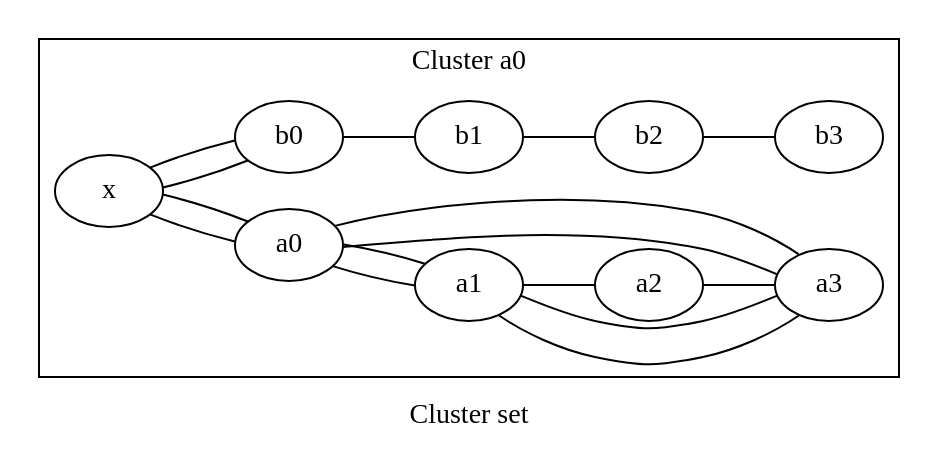
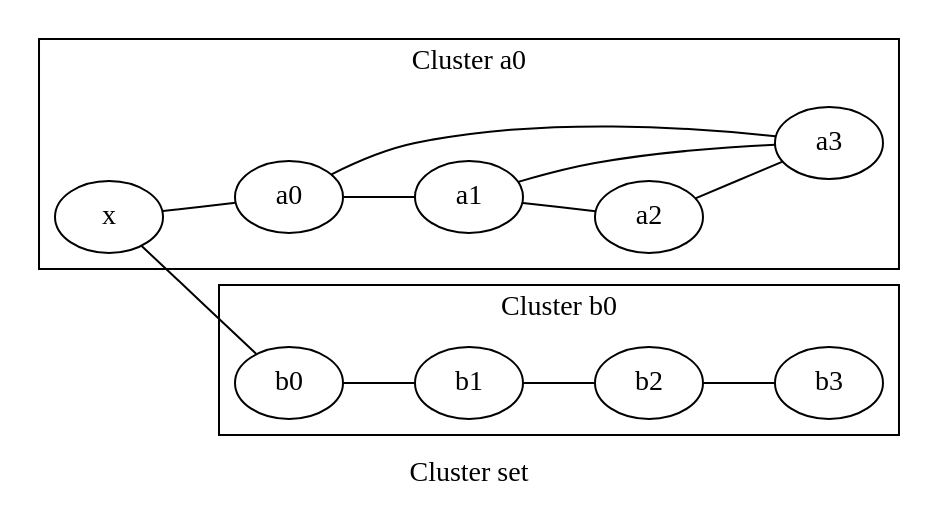
Before and after one commit to graphviz-perl/GraphViz2-Marpa-PathUtils: the diagram in data/12.clusters.out.gv, drawn with Graphviz. The commit also changed 18 other files, not shown here.

Commit message:
Get find_clusters working with new GraphViz2::Marpa

```diff
--- a/data/12.clusters.out.gv
+++ b/data/12.clusters.out.gv
@@ -1,59 +1,46 @@
 graph Perl
 {
 graph [ label="Cluster set" rankdir="LR" ]
 
-subgraph "cluster a0" {
+subgraph "cluster a0"
+{
 graph [ label="Cluster a0" rankdir="LR" ]
 
 "a0"
 "a1"
 "a0" -- "a1" [ label="" ]
 "a1"
+"a2"
+"a1" -- "a2" [ label="" ]
+"a1"
 "a3"
 "a1" -- "a3" [ label="" ]
+"a2"
+"a3"
+"a2" -- "a3" [ label="" ]
 "a3"
 "a0"
 "a3" -- "a0" [ label="" ]
+"x"
+"a0"
+"x" -- "a0" [ label="" ]
+}
+
+subgraph "cluster b0"
+{
+graph [ label="Cluster b0" rankdir="LR" ]
+
 "b0"
 "b1"
 "b0" -- "b1" [ label="" ]
 "b1"
 "b2"
 "b1" -- "b2" [ label="" ]
 "b2"
 "b3"
 "b2" -- "b3" [ label="" ]
 "x"
-"a0"
-"x" -- "a0" [ label="" ]
-"x"
-"b0"
-"x" -- "b0" [ label="" ]
-}
-
-subgraph "cluster a0" {
-graph [ label="Cluster a0" rankdir="LR" ]
-
-"a0"
-"a1"
-"a0" -- "a1" [ label="" ]
-"a1"
-"a2"
-"a1" -- "a2" [ label="" ]
-"a2"
-"a3"
-"a2" -- "a3" [ label="" ]
-"a1"
-"a3"
-"a1" -- "a3" [ label="" ]
-"a3"
-"a0"
-"a3" -- "a0" [ label="" ]
-"x"
-"a0"
-"x" -- "a0" [ label="" ]
-"x"
 "b0"
 "x" -- "b0" [ label="" ]
 }
 }
```
